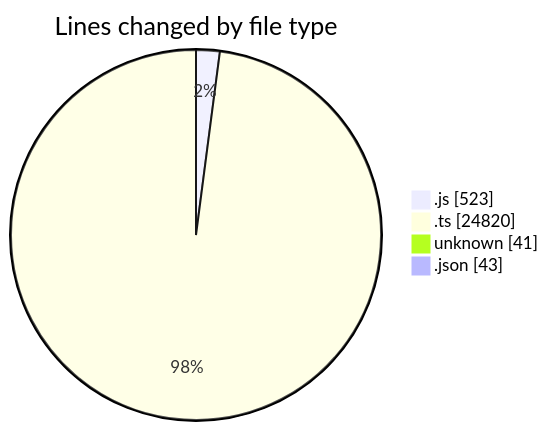
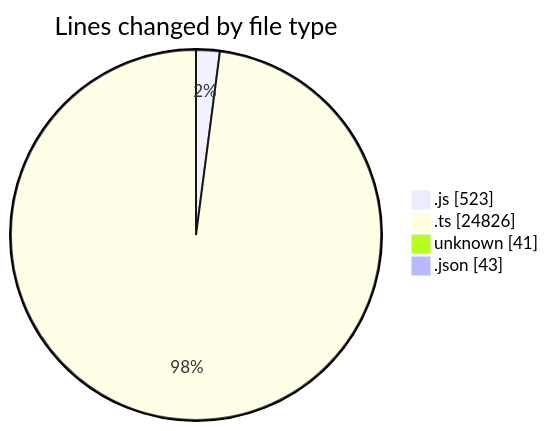
Before and after one commit to momahboobian/code-tracking: the first of 2 diagrams in 2025-08-15/cda/README.md, drawn with Mermaid. The commit also changed other lines of this file and 1 other file, not shown here.

````diff
--- a/2025-08-15/cda/README.md
+++ b/2025-08-15/cda/README.md
@@ -31,8 +31,8 @@
 ```mermaid
 pie showData
 title Lines changed by file type
 ".js" : 523
-".ts" : 24820
+".ts" : 24826
 "unknown" : 41
 ".json" : 43
 ```
````
